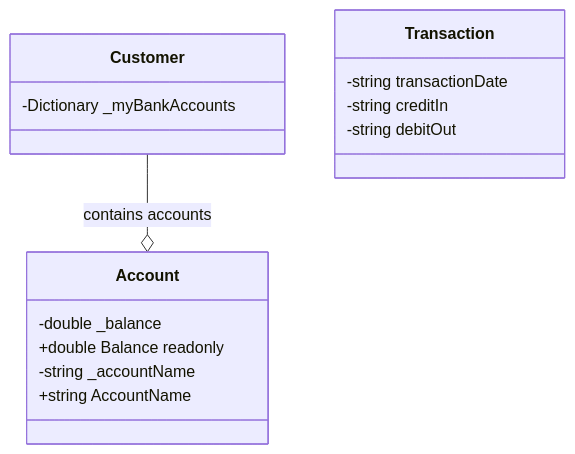
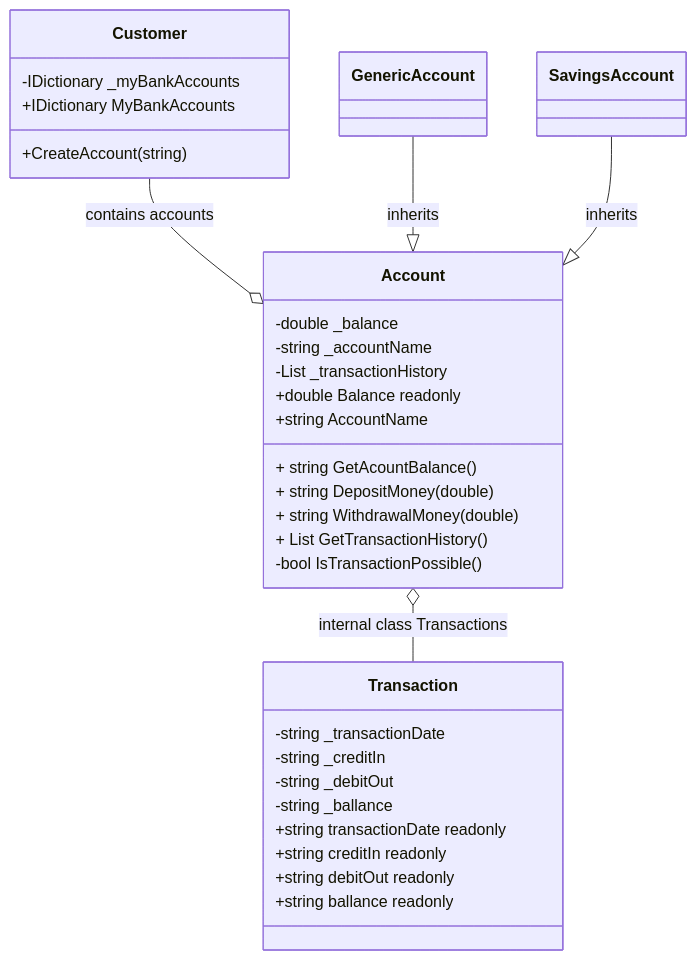
Before and after one commit to boolean-uk/csharp-tdd-oop-bank-challenge: the diagram in ClassDiagram.mmd, drawn with Mermaid. The commit also changed 7 other files, not shown here.

```diff
--- a/ClassDiagram.mmd
+++ b/ClassDiagram.mmd
@@ -1,25 +1,50 @@
 classDiagram
 
 Customer --o Account : contains accounts
+Account o-- Transaction : internal class Transactions
+
+GenericAccount --|> Account : inherits
+SavingsAccount --|> Account : inherits
 
 class Customer{
-    -Dictionary<string, Account> _myBankAccounts
+    -IDictionary<string, Account> _myBankAccounts
+    +IDictionary<string, Account> MyBankAccounts
+
+    +CreateAccount(string)
+
+    
 
 }
 
 class Transaction{
-    -string transactionDate
-    -string creditIn
-    -string debitOut
+    -string _transactionDate
+    -string _creditIn
+    -string _debitOut
+    -string _ballance
+    +string transactionDate readonly
+    +string creditIn readonly
+    +string debitOut readonly
+    +string ballance readonly
+
 
 
 }
 
 class Account{
     -double _balance
+    -string _accountName
+    -List<Transaction> _transactionHistory
     +double Balance readonly
+    +string AccountName
 
-    -string _accountName
+    + string GetAcountBalance()
+    + string DepositMoney(double)
+    + string WithdrawalMoney(double)
+    + List<string> GetTransactionHistory()
 
-    +string AccountName
+    -bool IsTransactionPossible()
 }
+
+class GenericAccount
+
+class SavingsAccount
```
